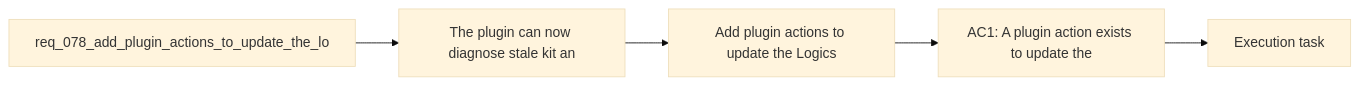
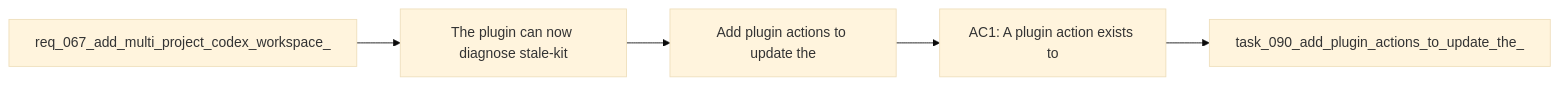
The diagram in logics/backlog/item_101_add_plugin_actions_to_update_the_logics_kit_and_sync_codex_overlays.md (AlexAgo83/logics-manager), drawn with Mermaid (base theme) before and after one commit. The commit also changed other lines of this file and 481 other files, not shown here.

````diff
--- a/logics/backlog/item_101_add_plugin_actions_to_update_the_logics_kit_and_sync_codex_overlays.md
+++ b/logics/backlog/item_101_add_plugin_actions_to_update_the_logics_kit_and_sync_codex_overlays.md
@@ -33,9 +33,9 @@
 ```mermaid
 %% logics-kind: backlog
 %% logics-signature: backlog|add-plugin-actions-to-update-the-logics-|req-067-add-multi-project-codex-workspac|the-plugin-can-now-diagnose-stale-kit|ac1-a-plugin-action-exists-to
 flowchart LR
-    Request[req_078_add_plugin_actions_to_update_the_lo] --> Problem[The plugin can now diagnose stale kit an]
-    Problem --> Scope[Add plugin actions to update the Logics ]
-    Scope --> Acceptance[AC1: A plugin action exists to update the]
-    Acceptance --> Tasks[Execution task]
+    Request[req_067_add_multi_project_codex_workspace_] --> Problem[The plugin can now diagnose stale-kit]
+    Problem --> Scope[Add plugin actions to update the]
+    Scope --> Acceptance[AC1: A plugin action exists to]
+    Acceptance --> Tasks[task_090_add_plugin_actions_to_update_the_]
 ```
````
